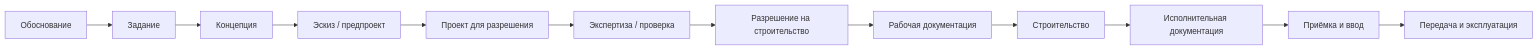
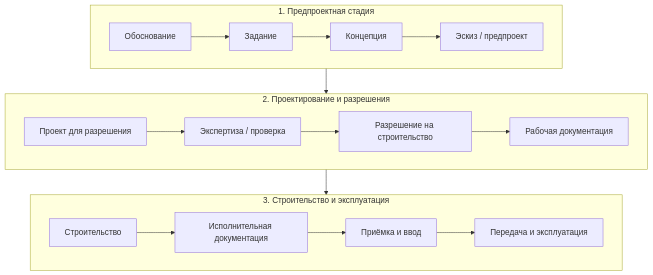
Before and after one commit to kuskuznetsova-ux/building_codes: the diagram in docs/sravnenie/stadii.md, drawn with Mermaid. The commit also changed 1 other file, not shown here.

Commit message:
Схема стадий: три блока друг под другом, крупнее шрифт
Claude-Session: https://claude.ai/code/session_0122hhqtBpSHCqfvDdzcrmhd

````diff
--- a/docs/sravnenie/stadii.md
+++ b/docs/sravnenie/stadii.md
@@ -50,14 +50,17 @@
 ```mermaid
-flowchart LR
-    A[Обоснование] --> B[Задание]
-    B --> C[Концепция]
-    C --> D[Эскиз / предпроект]
-    D --> E[Проект для разрешения]
-    E --> F[Экспертиза / проверка]
-    F --> G[Разрешение на строительство]
-    G --> H[Рабочая документация]
-    H --> I[Строительство]
-    I --> J[Исполнительная документация]
-    J --> K[Приёмка и ввод]
-    K --> L[Передача и эксплуатация]
+flowchart TB
+    subgraph P1["1. Предпроектная стадия"]
+        direction LR
+        A[Обоснование] --> B[Задание] --> C[Концепция] --> D[Эскиз / предпроект]
+    end
+    subgraph P2["2. Проектирование и разрешения"]
+        direction LR
+        E[Проект для разрешения] --> F[Экспертиза / проверка] --> G[Разрешение на строительство] --> H[Рабочая документация]
+    end
+    subgraph P3["3. Строительство и эксплуатация"]
+        direction LR
+        I[Строительство] --> J[Исполнительная документация] --> K[Приёмка и ввод] --> L[Передача и эксплуатация]
+    end
+    D --> E
+    H --> I
 ```
````
